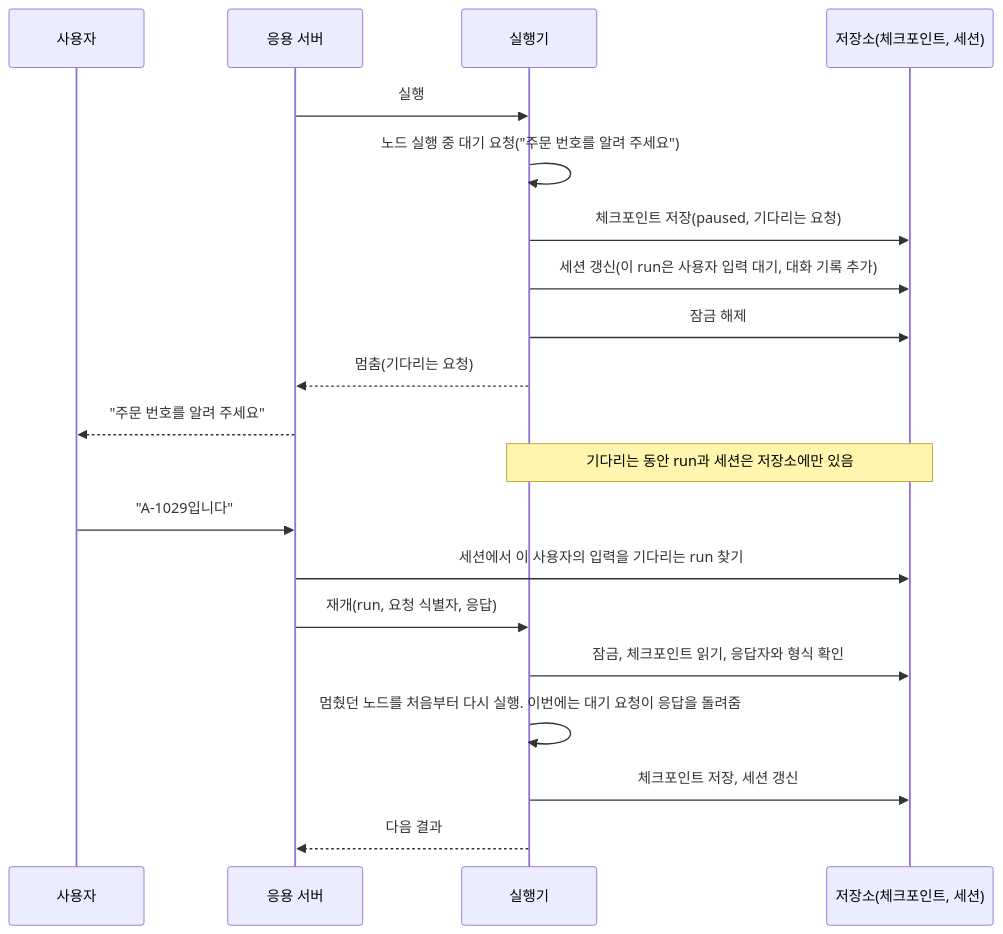
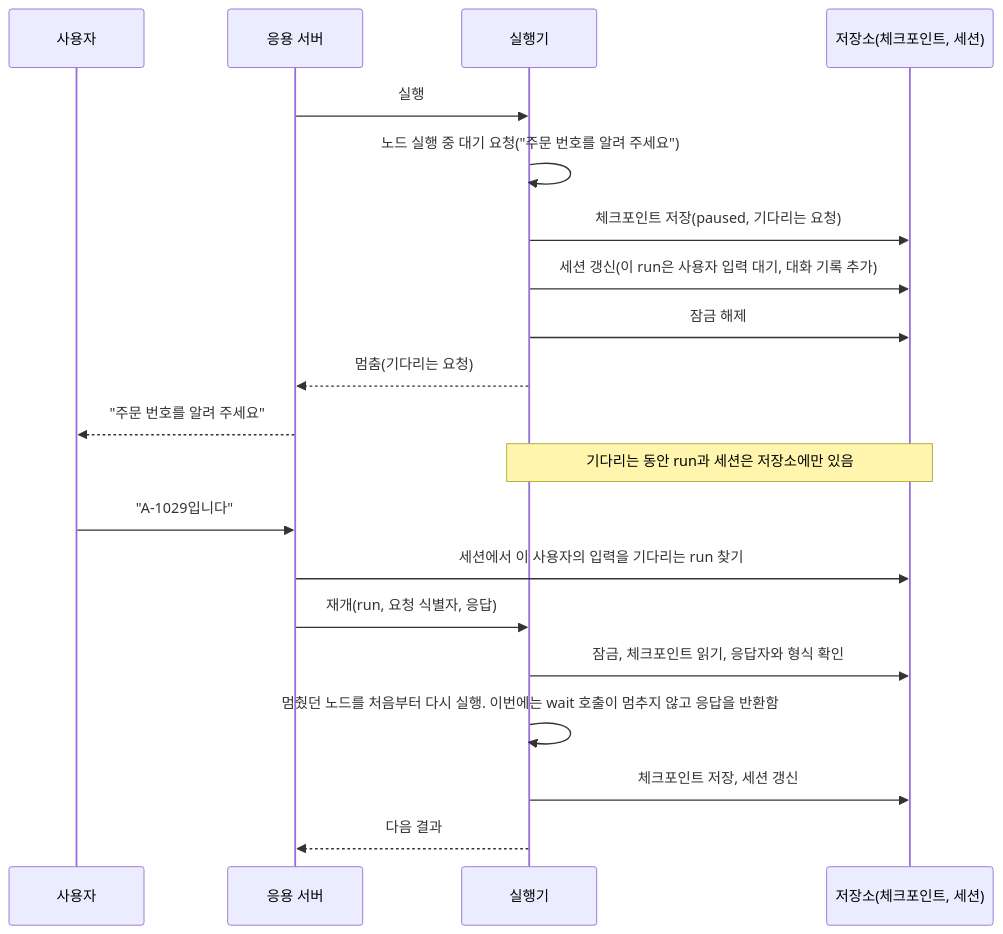
Before and after one commit to iwindfree/ai-agent-framework-architecture: the ninth of 12 diagrams in 00.architecture.md, drawn with Mermaid. The commit also changed other lines of this file, not shown here.

Commit message:
Clarify that wait returns the answer on re-execution

````diff
--- a/00.architecture.md
+++ b/00.architecture.md
@@ -1026,22 +1026,22 @@
 ```mermaid
 sequenceDiagram
     participant U as 사용자
     participant A as 응용 서버
     participant X as 실행기
     participant S as 저장소(체크포인트, 세션)
     A->>X: 실행
     X->>X: 노드 실행 중 대기 요청("주문 번호를 알려 주세요")
     X->>S: 체크포인트 저장(paused, 기다리는 요청)
     X->>S: 세션 갱신(이 run은 사용자 입력 대기, 대화 기록 추가)
     X->>S: 잠금 해제
     X-->>A: 멈춤(기다리는 요청)
     A-->>U: "주문 번호를 알려 주세요"
     Note over X,S: 기다리는 동안 run과 세션은 저장소에만 있음
     U->>A: "A-1029입니다"
     A->>S: 세션에서 이 사용자의 입력을 기다리는 run 찾기
     A->>X: 재개(run, 요청 식별자, 응답)
     X->>S: 잠금, 체크포인트 읽기, 응답자와 형식 확인
-    X->>X: 멈췄던 노드를 처음부터 다시 실행. 이번에는 대기 요청이 응답을 돌려줌
+    X->>X: 멈췄던 노드를 처음부터 다시 실행. 이번에는 wait 호출이 멈추지 않고 응답을 반환함
     X->>S: 체크포인트 저장, 세션 갱신
     X-->>A: 다음 결과
 ```
````
